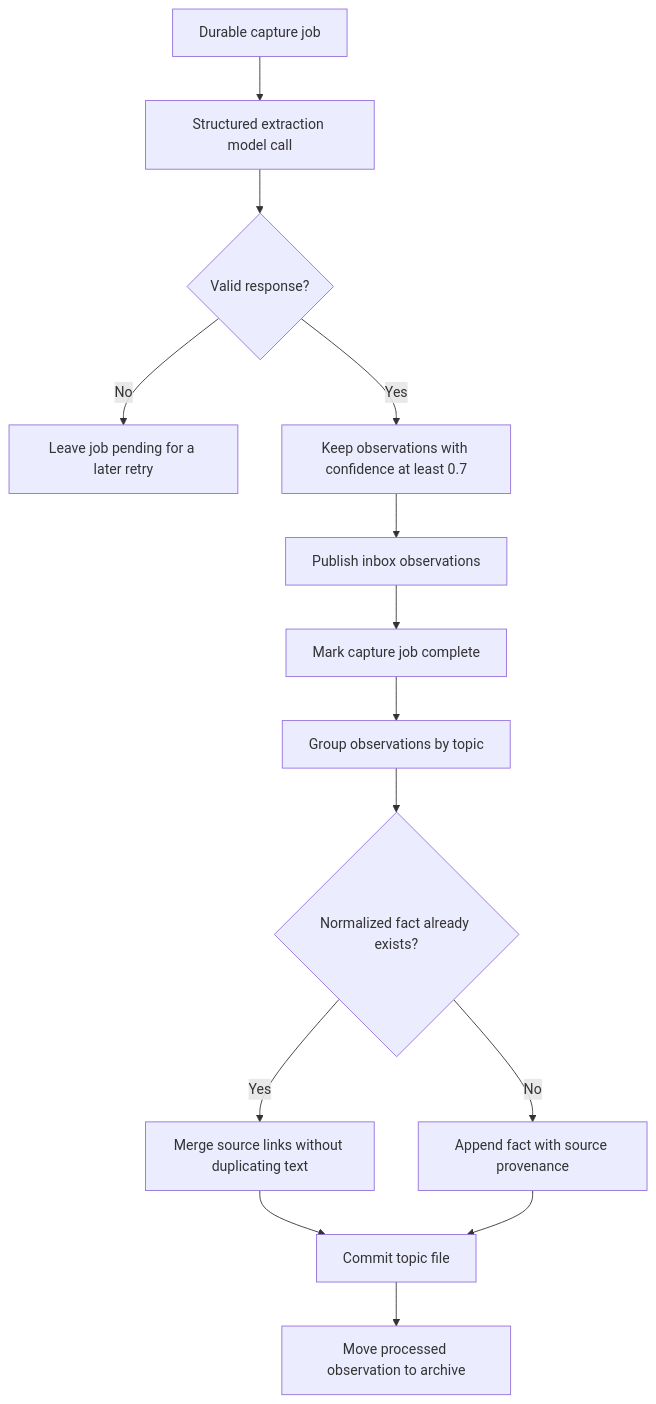
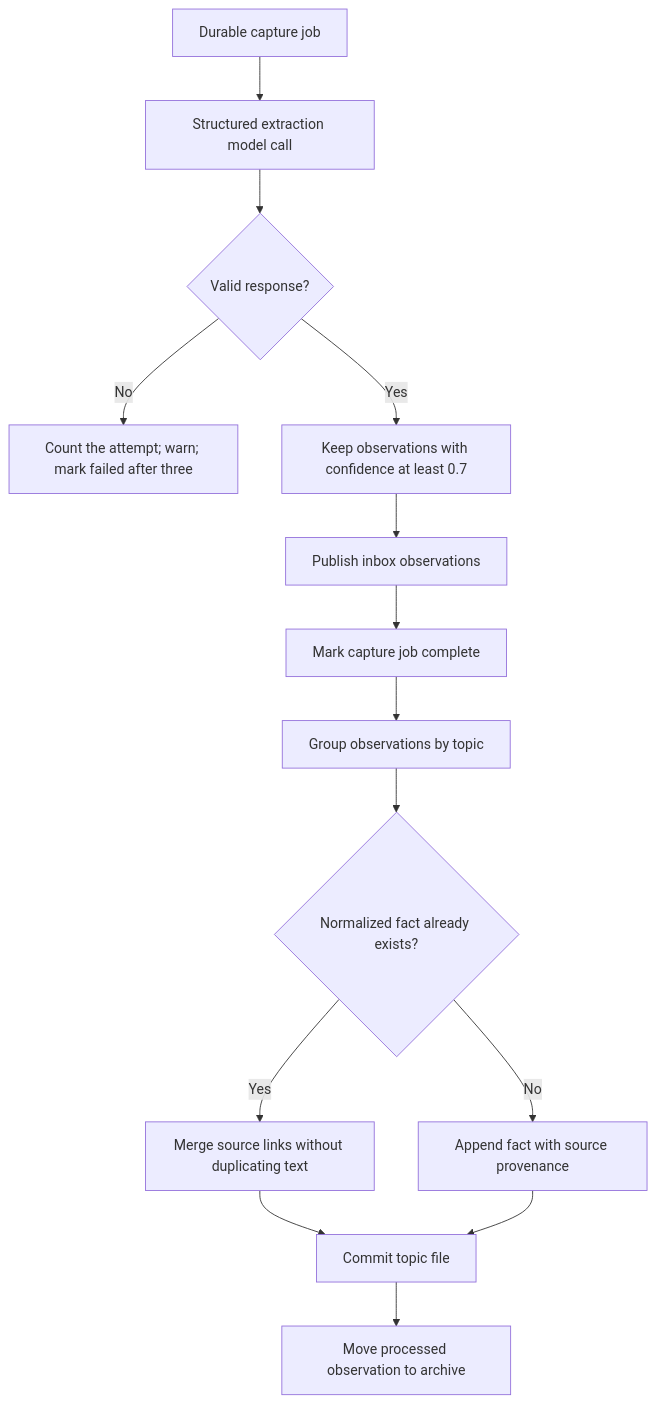
The third of 5 diagrams in docs/developer-guide/learning-flow.md (Sarthakischauhan/symphony), drawn with Mermaid before and after one commit. The commit also changed other lines of this file and 9 other files, not shown here.

````diff
--- a/docs/developer-guide/learning-flow.md
+++ b/docs/developer-guide/learning-flow.md
@@ -92,16 +95,16 @@
 ```mermaid
 flowchart TD
     Job["Durable capture job"] --> Extract["Structured extraction model call"]
     Extract --> Valid{"Valid response?"}
-    Valid -->|No| Retry["Leave job pending for a later retry"]
+    Valid -->|No| Retry["Count the attempt; warn; mark failed after three"]
     Valid -->|Yes| Filter["Keep observations with confidence at least 0.7"]
     Filter --> Commit["Publish inbox observations"]
     Commit --> Complete["Mark capture job complete"]
     Complete --> Consolidate["Group observations by topic"]
     Consolidate --> Duplicate{"Normalized fact already exists?"}
     Duplicate -->|Yes| Sources["Merge source links without duplicating text"]
     Duplicate -->|No| Fact["Append fact with source provenance"]
     Sources --> Topic["Commit topic file"]
     Fact --> Topic
     Topic --> Archive["Move processed observation to archive"]
 ```
````
